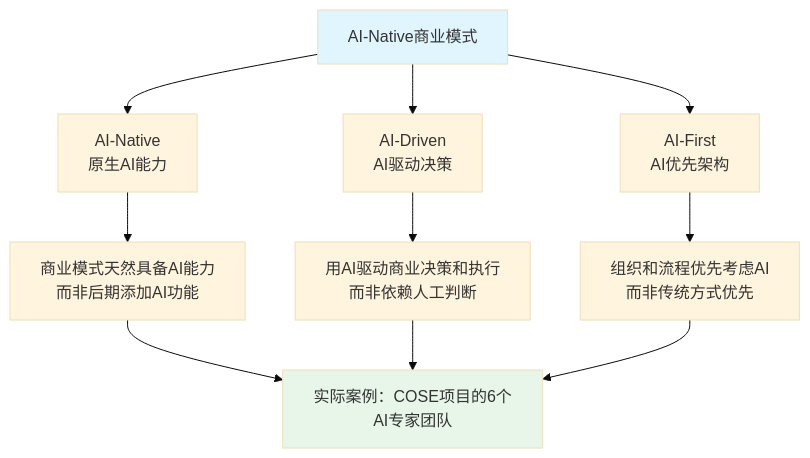
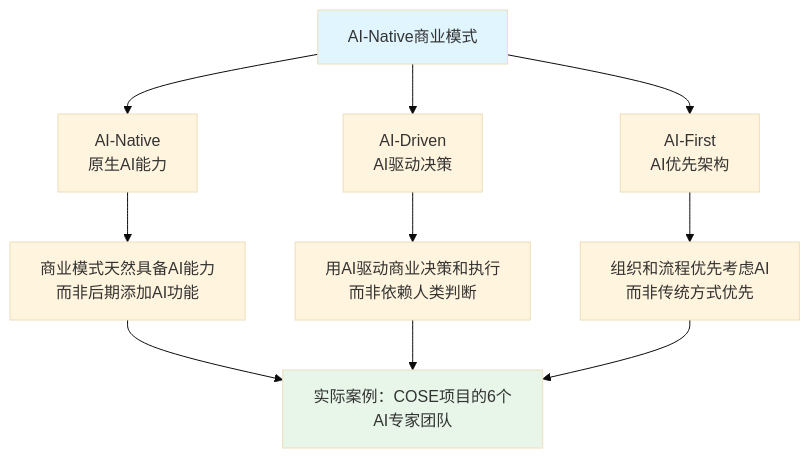
The second of 9 diagrams in BUSINESS-MODEL.md (Deepractice/COSE), drawn with Mermaid (base theme) before and after one commit. The commit also changed other lines of this file and 2 other files, not shown here.

````diff
--- a/BUSINESS-MODEL.md
+++ b/BUSINESS-MODEL.md
@@ -28,17 +28,17 @@
 ```mermaid
 graph TD
     A[AI-Native商业模式] --> B[AI-Native<br/>原生AI能力]
     A --> C[AI-Driven<br/>AI驱动决策]
     A --> D[AI-First<br/>AI优先架构]
     
     B --> B1[商业模式天然具备AI能力<br/>而非后期添加AI功能]
-    C --> C1[用AI驱动商业决策和执行<br/>而非依赖人工判断]
+    C --> C1[用AI驱动商业决策和执行<br/>而非依赖人类判断]
     D --> D1[组织和流程优先考虑AI<br/>而非传统方式优先]
     
     B1 --> E[实际案例：COSE项目的6个AI专家团队]
     C1 --> E
     D1 --> E
     
     style A fill:#e1f5fe
     style E fill:#e8f5e9
 ```
````
